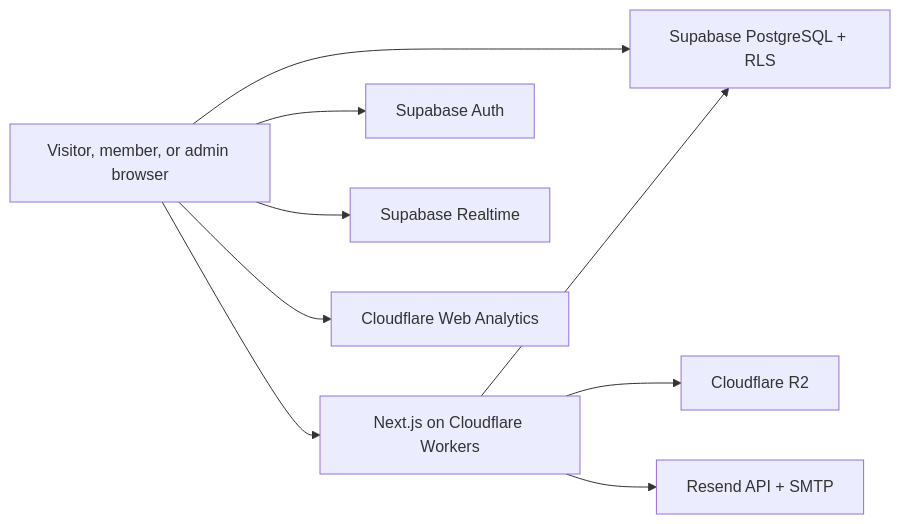
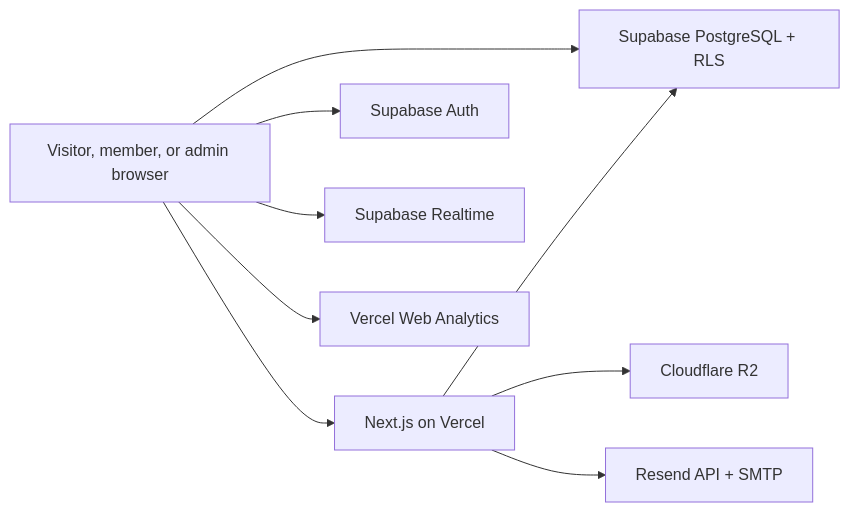
One commit to NasoraNsr300/NasoraStudio changed the diagram in ARCHITECTURE.md. Above: the diagram before and after it, drawn with Mermaid. The commit also changed other lines of this file and 27 other files, not shown here.

Commit message:
chore: deploy Next.js app on Vercel only

````diff
--- a/ARCHITECTURE.md
+++ b/ARCHITECTURE.md
@@ -29,20 +29,20 @@
 ```mermaid
 flowchart LR
     Browser["Visitor, member, or admin browser"]
-    App["Next.js on Cloudflare Workers"]
+    App["Next.js on Vercel"]
     DB["Supabase PostgreSQL + RLS"]
     Auth["Supabase Auth"]
     RT["Supabase Realtime"]
     R2["Cloudflare R2"]
     SMTP["Resend API + SMTP"]
-    Analytics["Cloudflare Web Analytics"]
+    Analytics["Vercel Web Analytics"]
 
     Browser --> App
     Browser --> Auth
     Browser --> DB
     Browser --> RT
     App --> DB
     App --> R2
     App --> SMTP
     Browser --> Analytics
 ```
````
